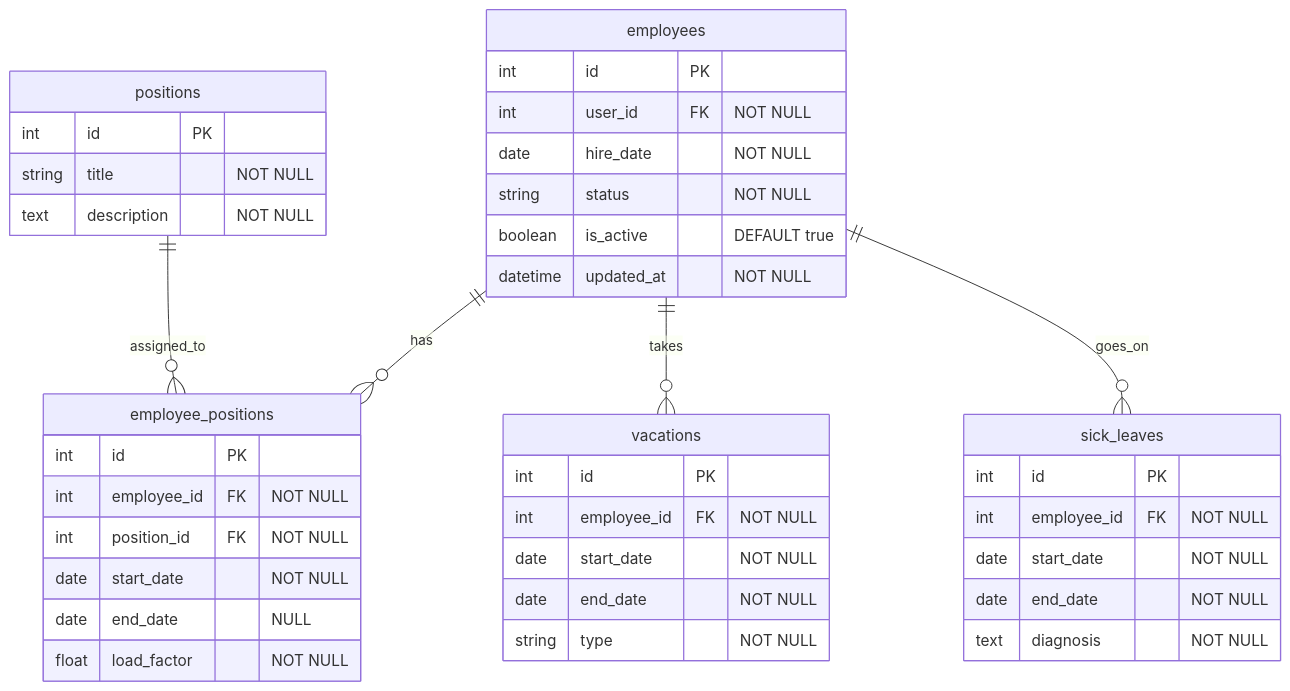
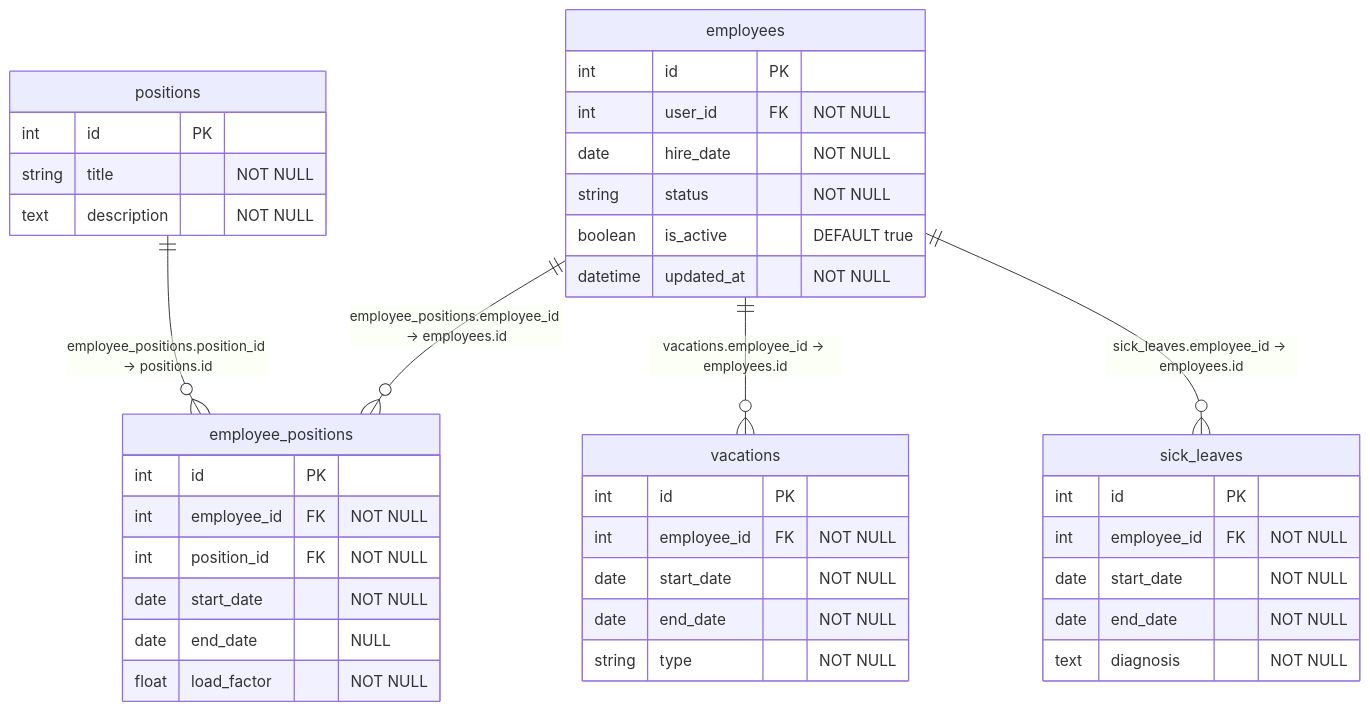
Before and after one commit to YuriSilenok/KPK_UP2_24-1P11: the diagram in S10/doc.md, drawn with Mermaid. The commit also changed other lines of this file, not shown here.

````diff
--- a/S10/doc.md
+++ b/S10/doc.md
@@ -114,43 +145,43 @@
 ```mermaid
 erDiagram
     employees {
         int id PK
         int user_id FK "NOT NULL"
         date hire_date "NOT NULL"
         string status "NOT NULL"
         boolean is_active "DEFAULT true"
         datetime updated_at "NOT NULL"
     }
     positions {
         int id PK
         string title "NOT NULL"
         text description "NOT NULL"
     }
     employee_positions {
         int id PK
         int employee_id FK "NOT NULL"
         int position_id FK "NOT NULL"
         date start_date "NOT NULL"
         date end_date "NULL"
         float load_factor "NOT NULL"
     }
     vacations {
         int id PK
         int employee_id FK "NOT NULL"
         date start_date "NOT NULL"
         date end_date "NOT NULL"
         string type "NOT NULL"
     }
     sick_leaves {
         int id PK
         int employee_id FK "NOT NULL"
         date start_date "NOT NULL"
         date end_date "NOT NULL"
         text diagnosis "NOT NULL"
     }
 
-    employees ||--o{ employee_positions : "has"
-    positions ||--o{ employee_positions : "assigned_to"
-    employees ||--o{ vacations : "takes"
-    employees ||--o{ sick_leaves : "goes_on"
+    employees ||--o{ employee_positions : "employee_positions.employee_id -> employees.id"
+    positions ||--o{ employee_positions : "employee_positions.position_id -> positions.id"
+    employees ||--o{ vacations : "vacations.employee_id -> employees.id"
+    employees ||--o{ sick_leaves : "sick_leaves.employee_id -> employees.id"
 ```
````
